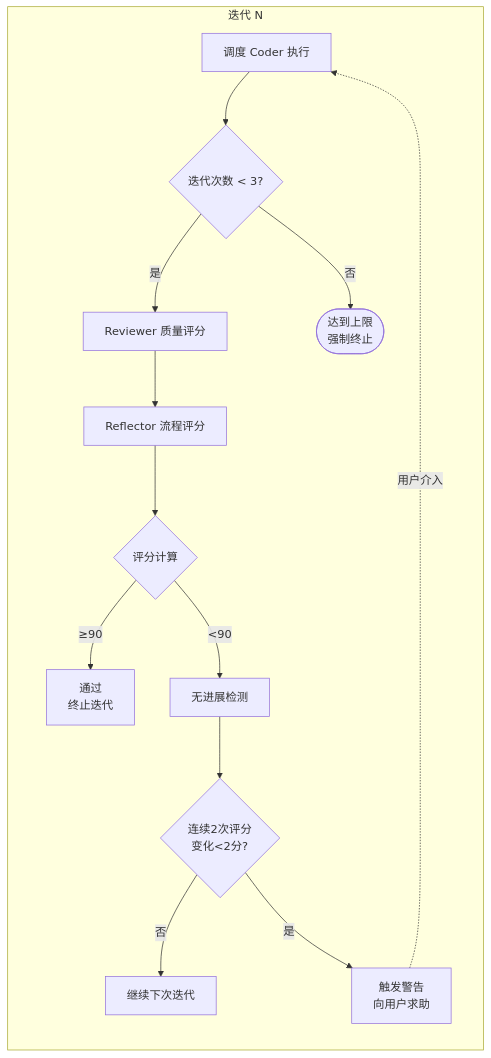
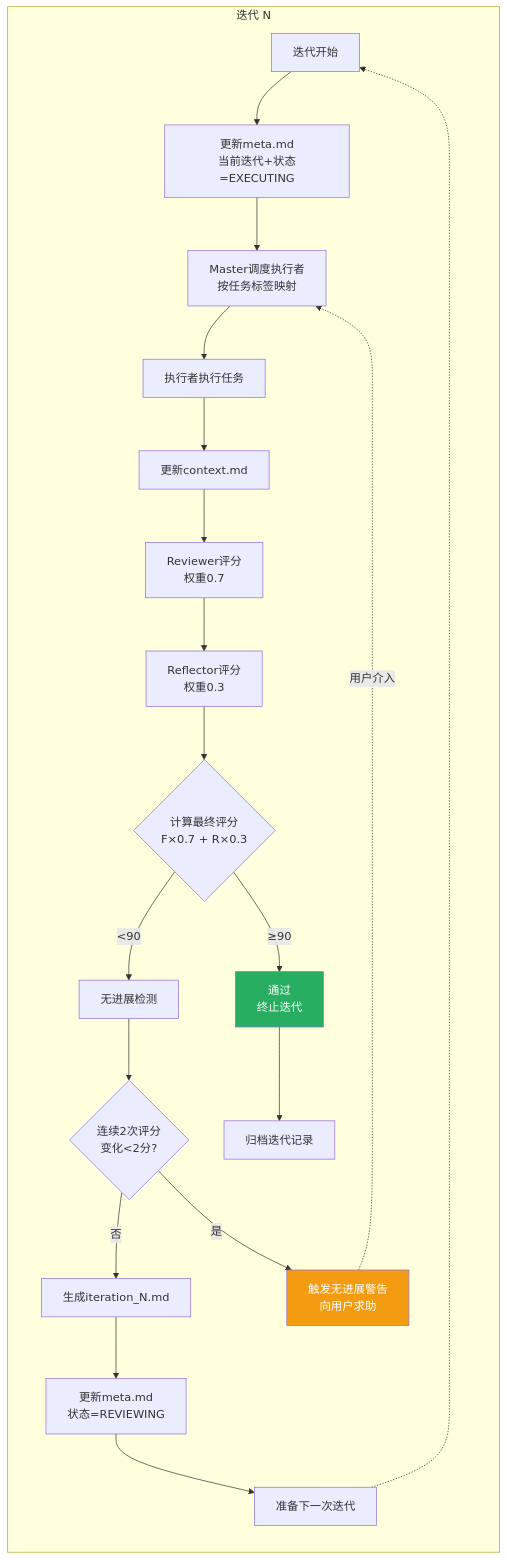
The second of 10 diagrams in docs/multi-agent-workflow-diagram.md (Halo94361/opencode_workflow_sync), drawn with Mermaid before and after one commit. The commit also changed other lines of this file and 12 other files, not shown here.

First line of the commit message:
docs: 更新SKILL.md术语表和工作流程图

````diff
--- a/docs/multi-agent-workflow-diagram.md
+++ b/docs/multi-agent-workflow-diagram.md
@@ -46,18 +65,33 @@
 ```mermaid
 flowchart LR
     subgraph Iteration[迭代 N]
-        SCHEDULE[调度 Coder 执行] --> ITER_CHECK{迭代次数 < 3?}
-        ITER_CHECK -->|是| EXECUTE[Reviewer 质量评分]
-        ITER_CHECK -->|否| FORCE_END([达到上限<br/>强制终止])
-        EXECUTE --> REFLECTOR[Reflector 流程评分]
-        REFLECTOR --> CALC{评分计算}
+        direction TB
+        INIT[迭代开始] --> UPDATE_META1[更新meta.md<br/>当前迭代+状态=EXECUTING]
+        UPDATE_META1 --> SCHEDULE[Master调度执行者<br/>按任务标签映射]
+        
+        SCHEDULE --> EXEC[执行者执行任务]
+        EXEC --> UPDATE_CTX[更新context.md]
+        
+        UPDATE_CTX --> REVIEWER[Reviewer评分<br/>权重0.7]
+        REVIEWER --> REFLECTOR[Reflector评分<br/>权重0.3]
+        
+        REFLECTOR --> CALC{计算最终评分<br/>F×0.7 + R×0.3}
         
         CALC -->|≥90| PASS[通过<br/>终止迭代]
         CALC -->|<90| PROGRESS[无进展检测]
         
         PROGRESS --> PROGRESS_CHECK{连续2次评分\n变化<2分?}
-        PROGRESS_CHECK -->|否| RETRY[继续下次迭代]
-        PROGRESS_CHECK -->|是| WARN[触发警告<br/>向用户求助]
+        PROGRESS_CHECK -->|否| ITER_FILE[生成iteration_N.md]
+        PROGRESS_CHECK -->|是| WARN[触发无进展警告<br/>向用户求助]
+        
+        ITER_FILE --> UPDATE_META2[更新meta.md<br/>状态=REVIEWING]
+        UPDATE_META2 --> NEXT[准备下一次迭代]
+        NEXT -.-> INIT
+        
         WARN -.->|用户介入| SCHEDULE
+        PASS --> ARCHIVE[归档迭代记录]
     end
+    
+    style PASS fill:#27ae60,color:#fff
+    style WARN fill:#f39c12,color:#fff
 ```
````
